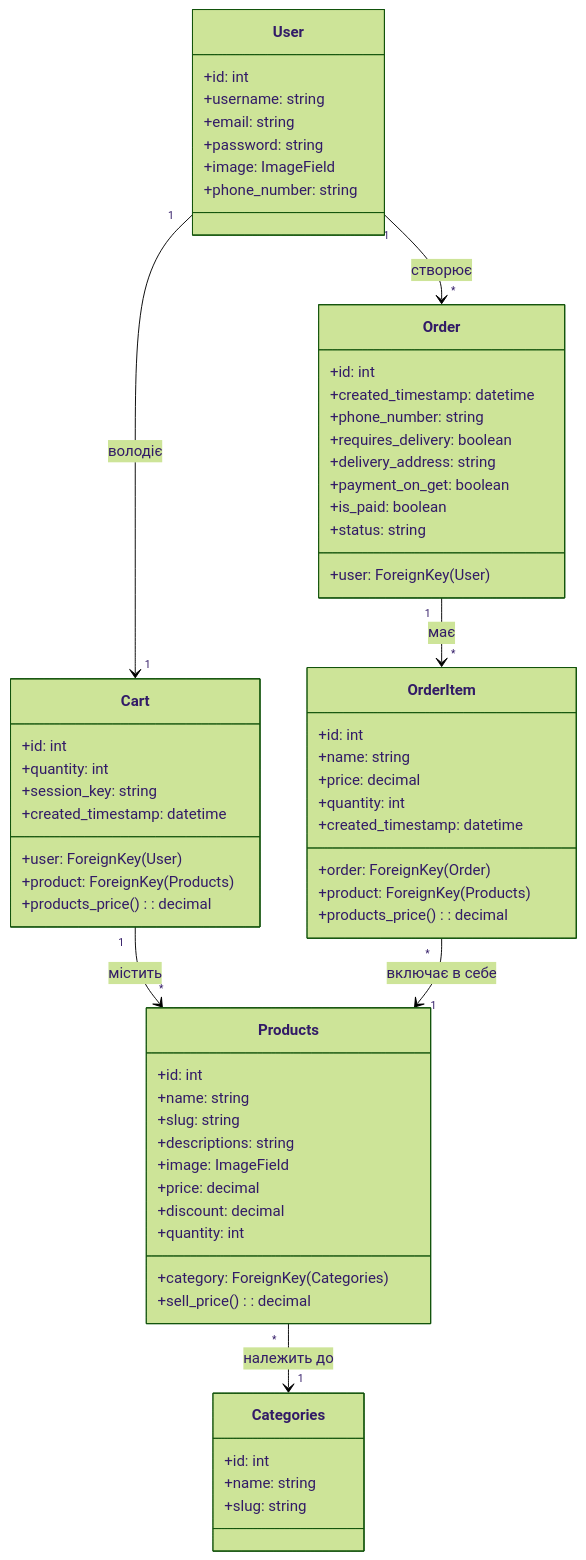
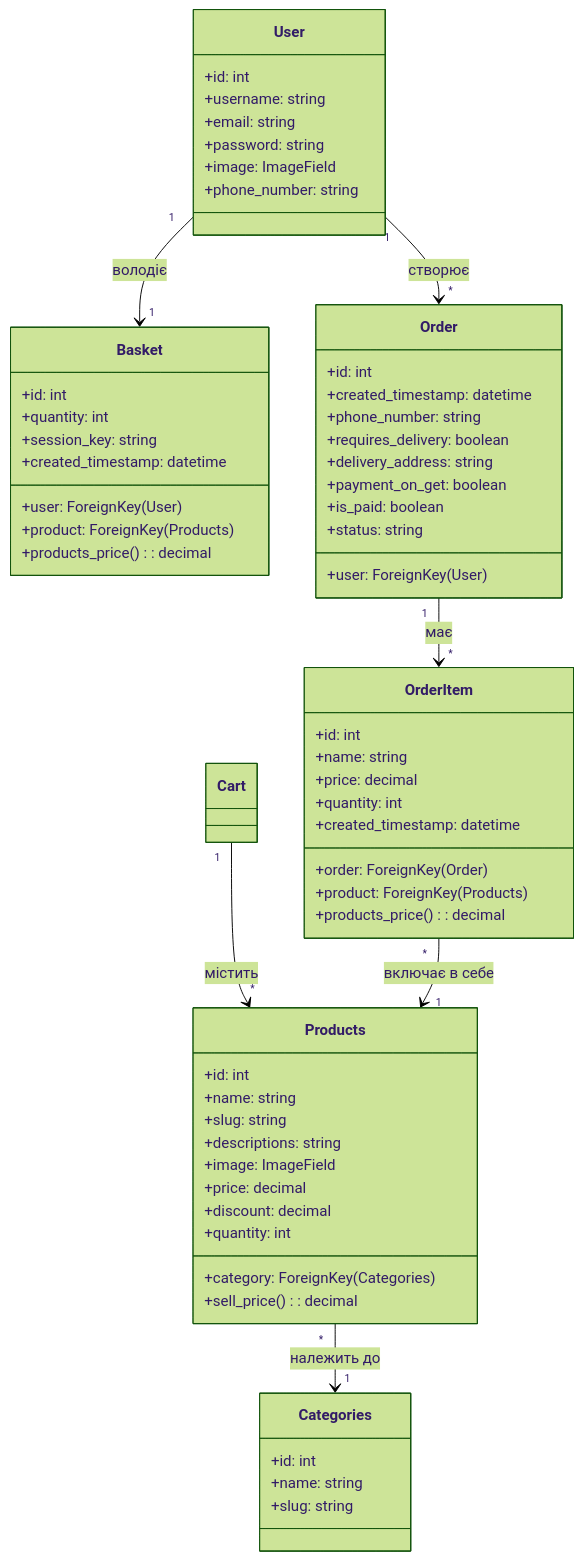
One commit to Tarasgr7/coursework_main changed the diagram in README.md. Above: the diagram before and after it, drawn with Mermaid (forest theme).

````diff
--- a/README.md
+++ b/README.md
@@ -1,72 +1,72 @@
 ```mermaid
 classDiagram
     %% Classes and Attributes
     class User {
         +id: int
         +username: string
         +email: string
         +password: string
         +image: ImageField
         +phone_number: string
     }
 
     class Products {
         +id: int
         +name: string
         +slug: string
         +descriptions: string
         +image: ImageField
         +price: decimal
         +discount: decimal
         +quantity: int
         +category: ForeignKey(Categories)
         +sell_price(): decimal
     }
 
     class Categories {
         +id: int
         +name: string
         +slug: string
     }
 
-    class Cart {
+    class Basket {
         +id: int
         +user: ForeignKey(User)
         +product: ForeignKey(Products)
         +quantity: int
         +session_key: string
         +created_timestamp: datetime
         +products_price(): decimal
     }
 
     class Order {
         +id: int
         +user: ForeignKey(User)
         +created_timestamp: datetime
         +phone_number: string
         +requires_delivery: boolean
         +delivery_address: string
         +payment_on_get: boolean
         +is_paid: boolean
         +status: string
     }
 
     class OrderItem {
         +id: int
         +order: ForeignKey(Order)
         +product: ForeignKey(Products)
         +name: string
         +price: decimal
         +quantity: int
         +created_timestamp: datetime
         +products_price(): decimal
     }
 
     %% Relationships
     User "1" --> "*" Order : створює
-    User "1" --> "1" Cart : володіє
+    User "1" --> "1" Basket : володіє
     Cart "1" --> "*" Products : містить
     Order "1" --> "*" OrderItem : має
     OrderItem "*" --> "1" Products : включає в себе
     Products "*" --> "1" Categories : належить до
 ```
````
